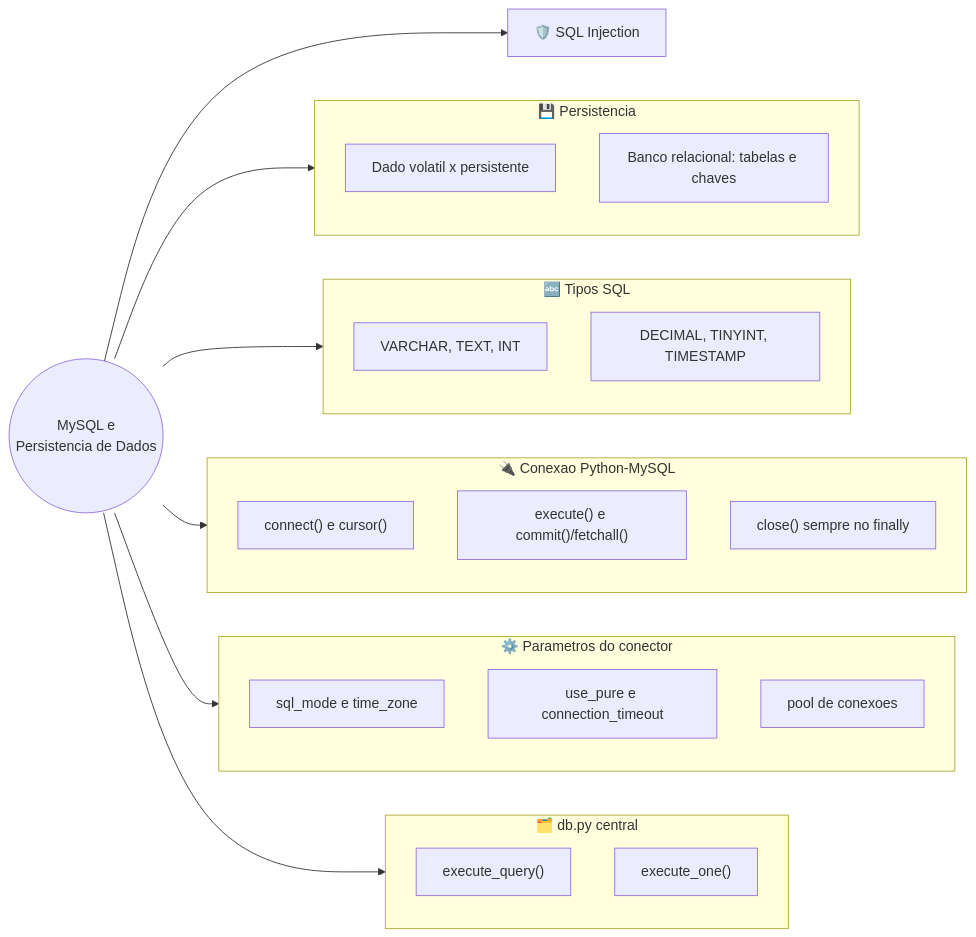
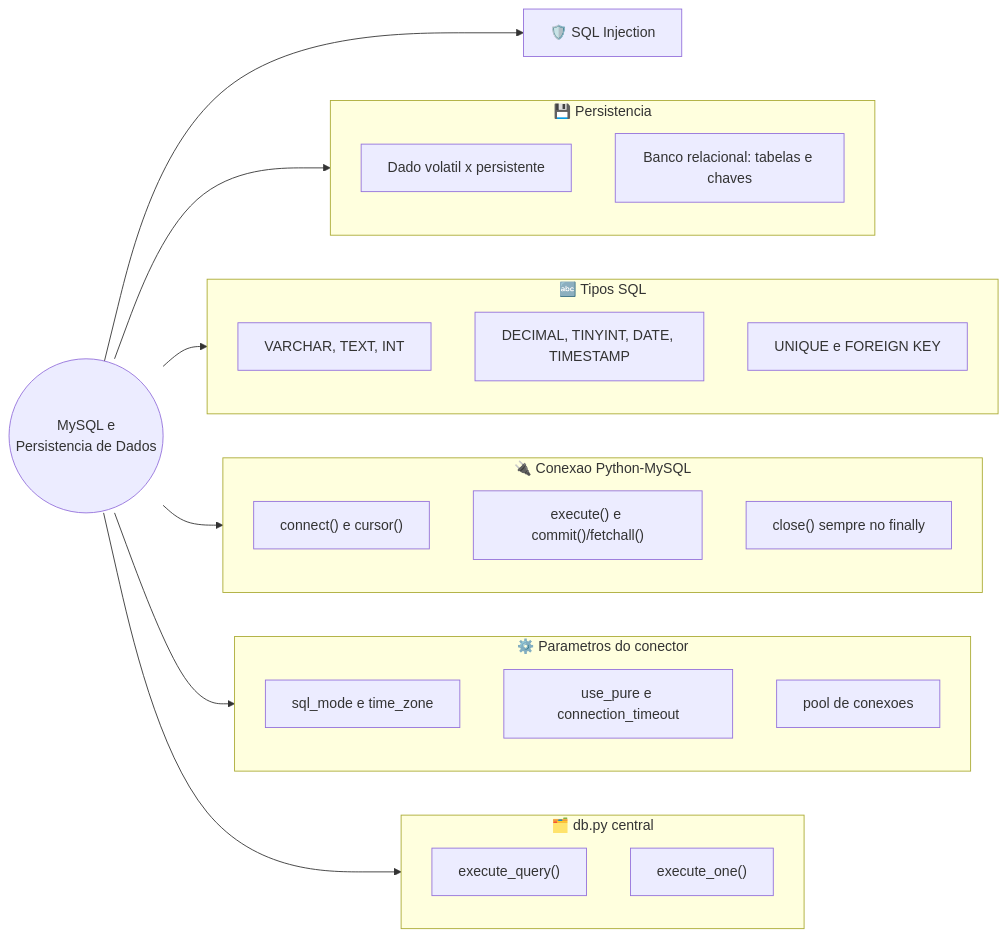
One commit to GTI-Fatec-Jahu/PI-GTI-2026-2 changed the first of 5 diagrams in docs/aulas/Aula_05_Conexao_MySQL_e_Python.md. Above: the diagram before and after it, drawn with Mermaid. The commit also changed other lines of this file and 2 other files, not shown here.

Commit message:
Tópico 05: banco passa a ter perfis e usuarios (FK, UNIQUE, hash de senha); tabela produto vai para o material de apoio

````diff
--- a/docs/aulas/Aula_05_Conexao_MySQL_e_Python.md
+++ b/docs/aulas/Aula_05_Conexao_MySQL_e_Python.md
@@ -29,43 +30,44 @@
 ```mermaid
 flowchart LR
     ROOT(("MySQL e<br/>Persistencia de Dados"))
 
     ROOT --> T1
     subgraph T1["💾 Persistencia"]
         direction TB
         T1A["Dado volatil x persistente"]
         T1B["Banco relacional: tabelas e chaves"]
     end
 
     ROOT --> T2
     subgraph T2["🔤 Tipos SQL"]
         direction TB
         T2A["VARCHAR, TEXT, INT"]
-        T2B["DECIMAL, TINYINT, TIMESTAMP"]
+        T2B["DECIMAL, TINYINT, DATE, TIMESTAMP"]
+        T2C["UNIQUE e FOREIGN KEY"]
     end
 
     ROOT --> T3
     subgraph T3["🔌 Conexao Python-MySQL"]
         direction TB
         T3A["connect() e cursor()"]
         T3B["execute() e commit()/fetchall()"]
         T3C["close() sempre no finally"]
     end
 
     ROOT --> T4
     subgraph T4["⚙️ Parametros do conector"]
         direction TB
         T4A["sql_mode e time_zone"]
         T4B["use_pure e connection_timeout"]
         T4C["pool de conexoes"]
     end
 
     ROOT --> T5
     subgraph T5["🗂️ db.py central"]
         direction TB
         T5A["execute_query()"]
         T5B["execute_one()"]
     end
 
     ROOT --> T6["🛡️ SQL Injection"]
 ```
````
